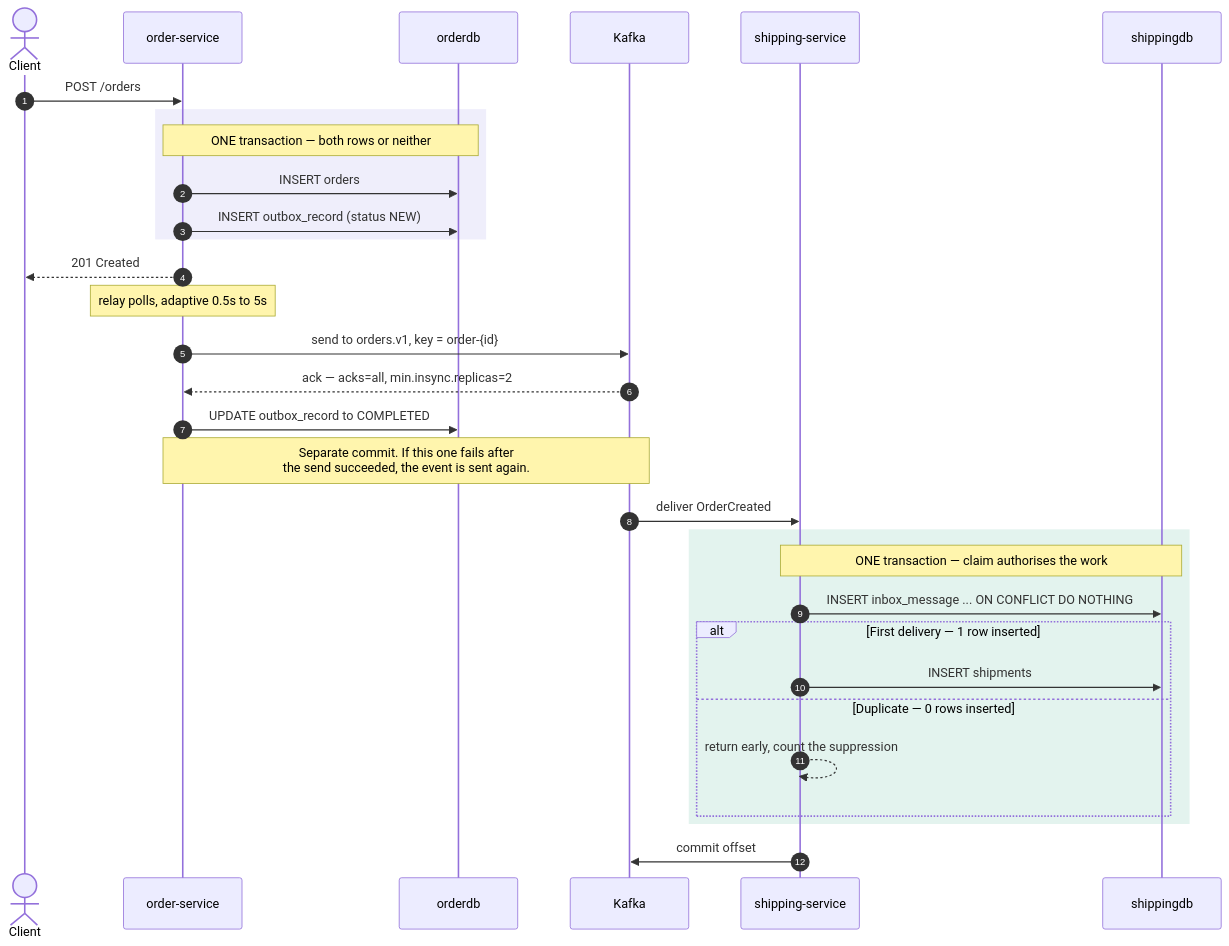
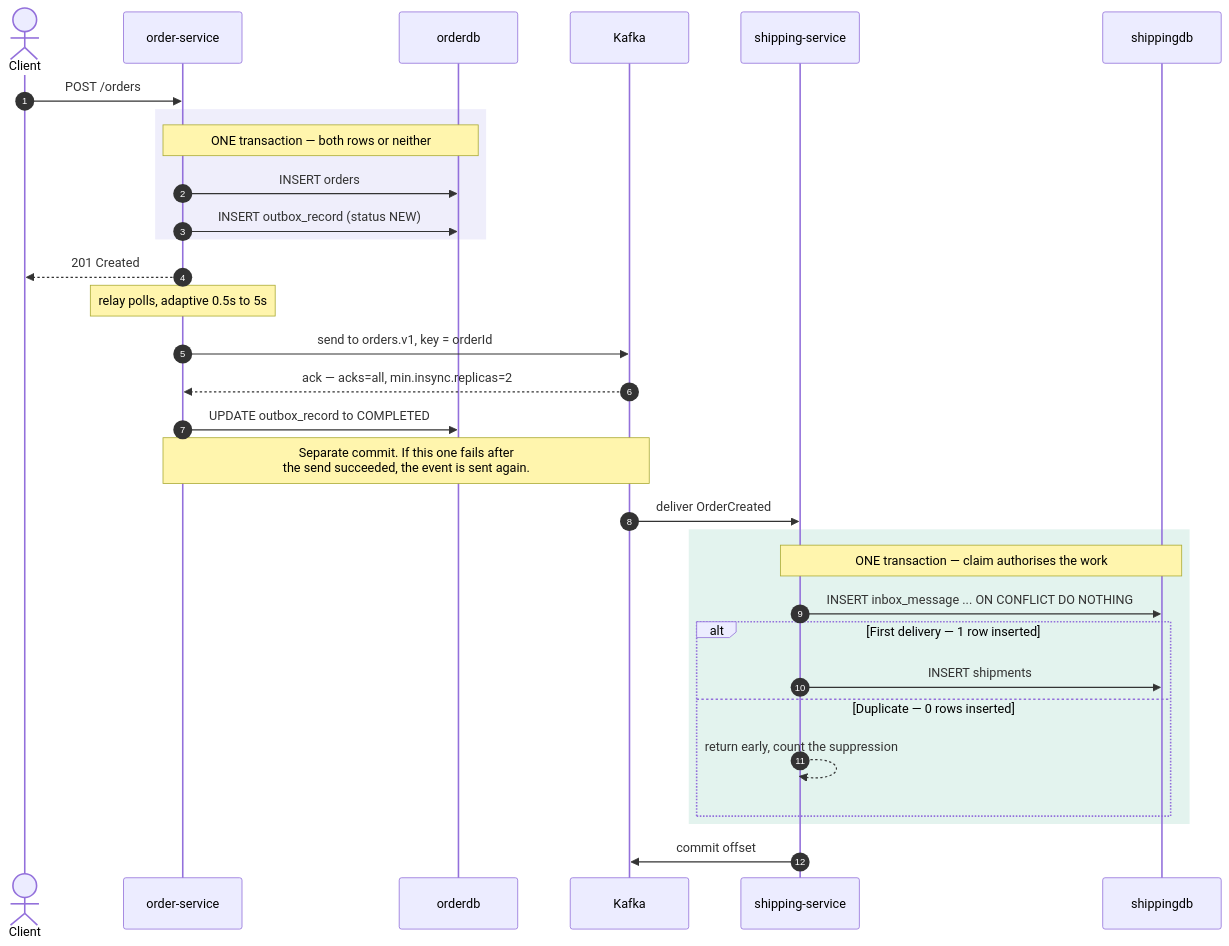
The first of 3 diagrams in docs/architecture.md (vladboboc/inbox-outbox-architecture), drawn with Mermaid before and after one commit. The commit also changed other lines of this file and 28 other files, not shown here.

````diff
--- a/docs/architecture.md
+++ b/docs/architecture.md
@@ -12,41 +12,41 @@
 ```mermaid
 sequenceDiagram
     autonumber
     actor C as Client
     participant OS as order-service
     participant ODB as orderdb
     participant K as Kafka
     participant SS as shipping-service
     participant SDB as shippingdb
 
     C->>OS: POST /orders
 
     rect rgba(127, 119, 221, 0.12)
         Note over OS,ODB: ONE transaction — both rows or neither
         OS->>ODB: INSERT orders
         OS->>ODB: INSERT outbox_record (status NEW)
     end
 
     OS-->>C: 201 Created
 
     Note over OS: relay polls, adaptive 0.5s to 5s
-    OS->>K: send to orders.v1, key = order-{id}
+    OS->>K: send to orders.v1, key = orderId
     K-->>OS: ack — acks=all, min.insync.replicas=2
     OS->>ODB: UPDATE outbox_record to COMPLETED
 
     Note over OS,K: Separate commit. If this one fails after<br/>the send succeeded, the event is sent again.
 
     K->>SS: deliver OrderCreated
 
     rect rgba(29, 158, 117, 0.12)
         Note over SS,SDB: ONE transaction — claim authorises the work
         SS->>SDB: INSERT inbox_message ... ON CONFLICT DO NOTHING
         alt First delivery — 1 row inserted
             SS->>SDB: INSERT shipments
         else Duplicate — 0 rows inserted
             SS-->>SS: return early, count the suppression
         end
     end
 
     SS->>K: commit offset
 ```
````
